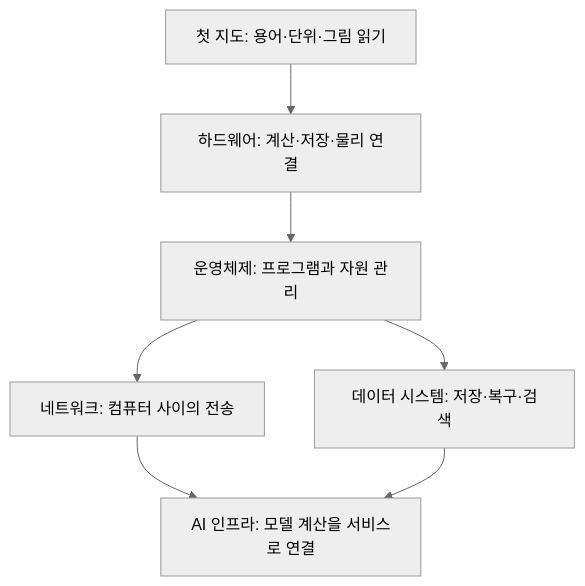
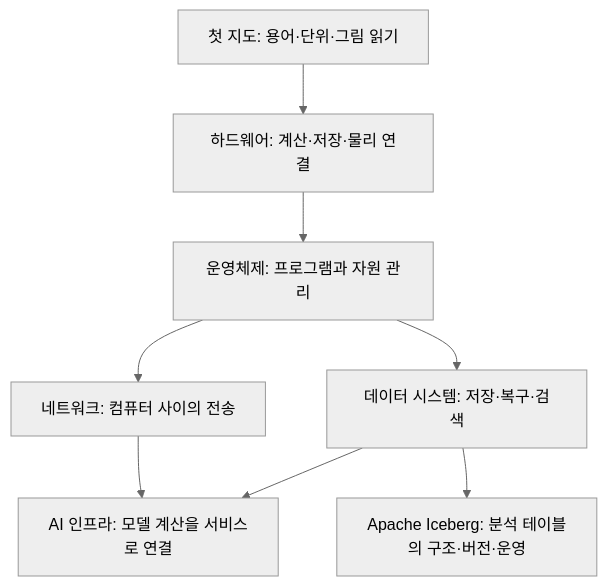
One commit to mj006648/netai-devsecops-runbook changed the diagram in learning/README.md. Above: the diagram before and after it, drawn with Mermaid (neutral theme). The commit also changed other lines of this file and 27 other files, not shown here.

````diff
--- a/learning/README.md
+++ b/learning/README.md
@@ -25,9 +26,10 @@
 ```mermaid
 flowchart TD
     Start["첫 지도: 용어·단위·그림 읽기"] --> Hardware["하드웨어: 계산·저장·물리 연결"]
     Hardware --> OS["운영체제: 프로그램과 자원 관리"]
     OS --> Network["네트워크: 컴퓨터 사이의 전송"]
     OS --> Data["데이터 시스템: 저장·복구·검색"]
     Network --> AI["AI 인프라: 모델 계산을 서비스로 연결"]
     Data --> AI
+    Data --> Iceberg["Apache Iceberg: 분석 테이블의 구조·버전·운영"]
 ```
````
